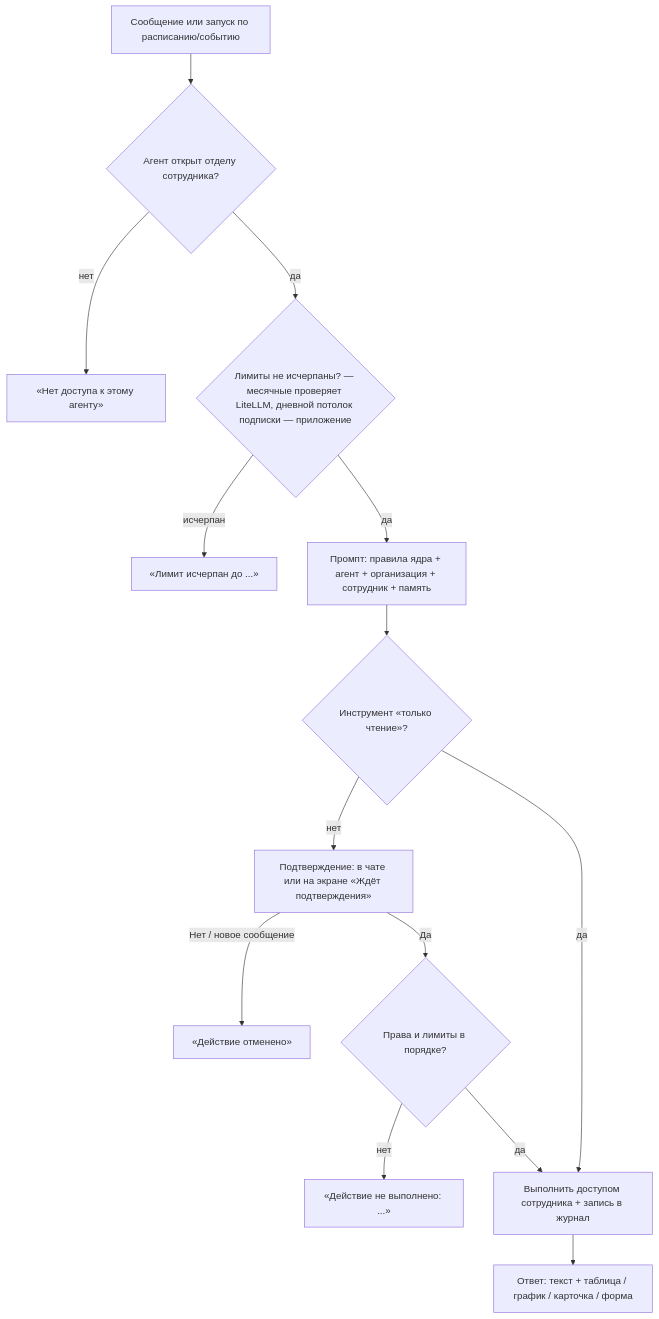
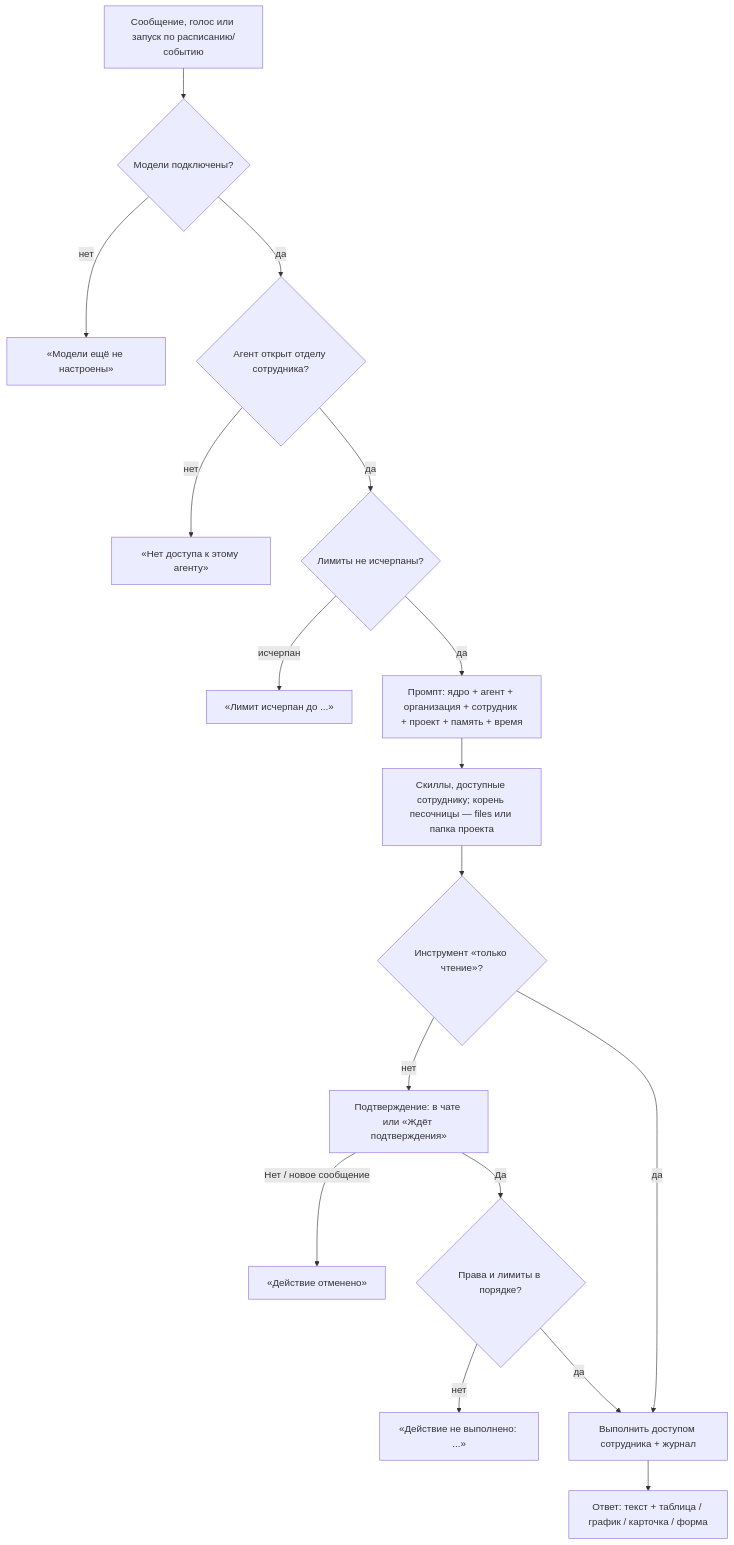
The first of 4 diagrams in docs/specs/[12.11.2026]-agent-base-architecture.md (nyxandro/basic-business-agent), drawn with Mermaid before and after one commit. The commit also changed other lines of this file and 220 other files, not shown here.

Commit message:
Этап 2: спецификация сведена в один файл (новый интерфейс по макету, модели и аккаунты ChatGPT в админке, скиллы .skill с областью, проекты с файлами, рабочие области, поиск, голос, задачи с областью); скиллы проекта для агентов-разработчиков; правило «одна спецификация» в AGENTS.md

````diff
--- a/docs/specs/[12.11.2026]-agent-base-architecture.md
+++ b/docs/specs/[12.11.2026]-agent-base-architecture.md
@@ -198,16 +361,19 @@
 ```mermaid
 flowchart TD
-  A[Сообщение или запуск по расписанию/событию] --> B{Агент открыт отделу сотрудника?}
+  A[Сообщение, голос или запуск по расписанию/событию] --> M{Модели подключены?}
+  M -->|нет| X0[«Модели ещё не настроены»]
+  M -->|да| B{Агент открыт отделу сотрудника?}
   B -->|нет| X1[«Нет доступа к этому агенту»]
-  B -->|да| C{Лимиты не исчерпаны? — месячные проверяет LiteLLM, дневной потолок подписки — приложение}
+  B -->|да| C{Лимиты не исчерпаны?}
   C -->|исчерпан| X2[«Лимит исчерпан до ...»]
-  C -->|да| D[Промпт: правила ядра + агент + организация + сотрудник + память]
-  D --> E{Инструмент «только чтение»?}
-  E -->|нет| F[Подтверждение: в чате или на экране «Ждёт подтверждения»]
+  C -->|да| D[Промпт: ядро + агент + организация + сотрудник + проект + память + время]
+  D --> S[Скиллы, доступные сотруднику; корень песочницы — files или папка проекта]
+  S --> E{Инструмент «только чтение»?}
+  E -->|нет| F[Подтверждение: в чате или «Ждёт подтверждения»]
   F -->|Нет / новое сообщение| G[«Действие отменено»]
   F -->|Да| R{Права и лимиты в порядке?}
   R -->|нет| X4[«Действие не выполнено: ...»]
-  R -->|да| H[Выполнить доступом сотрудника + запись в журнал]
+  R -->|да| H[Выполнить доступом сотрудника + журнал]
   E -->|да| H
   H --> I[Ответ: текст + таблица / график / карточка / форма]
 ```
````
